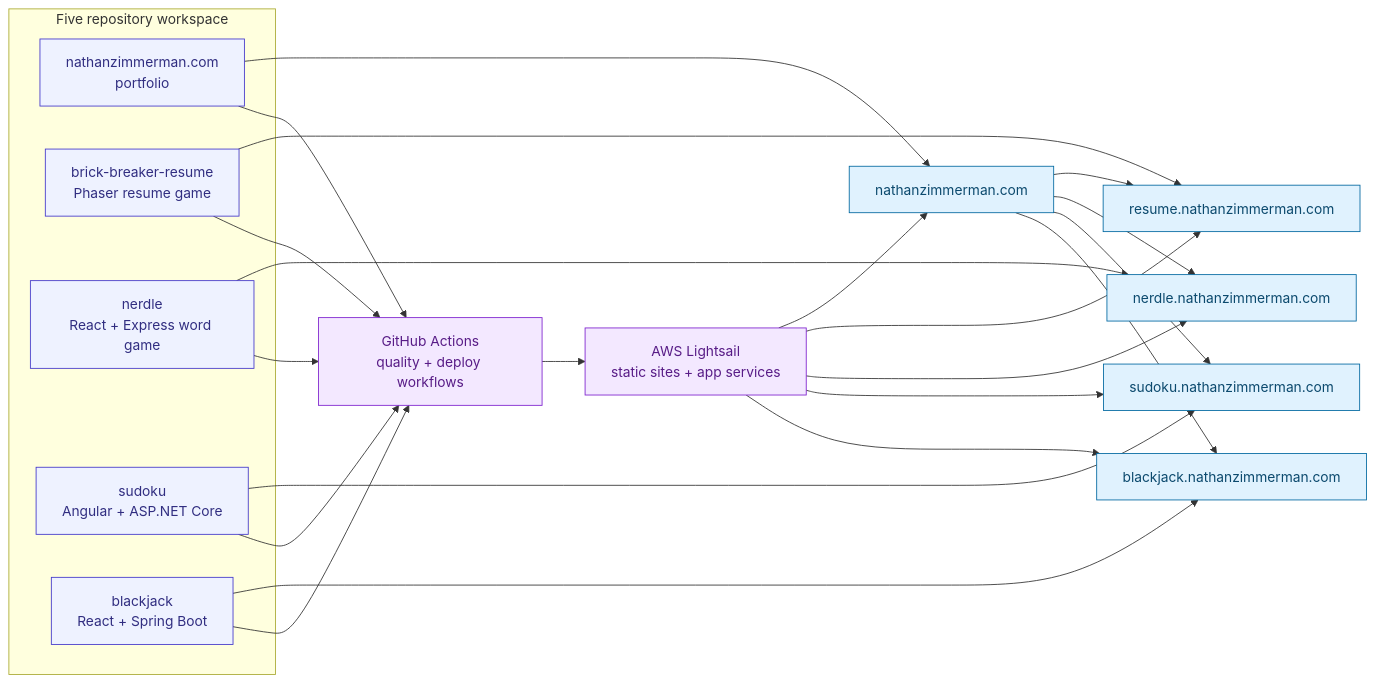
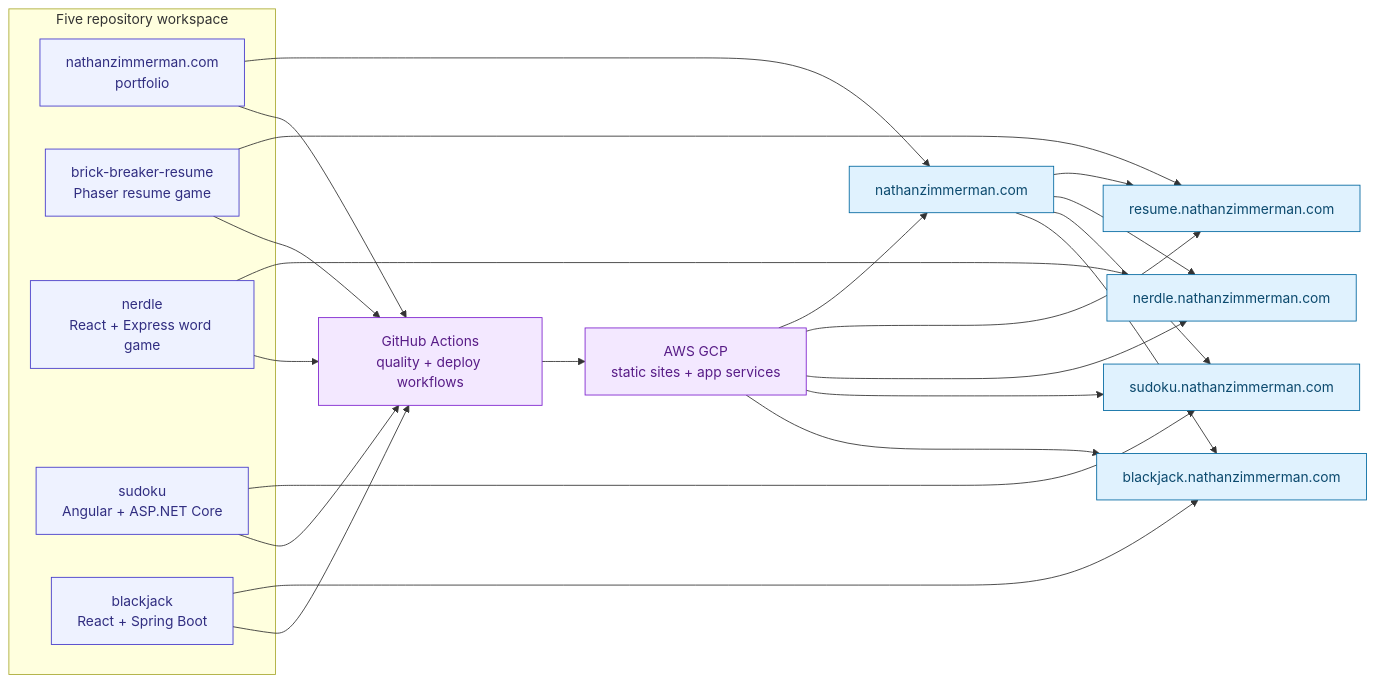
The second of 2 diagrams in docs/architecture.md (natezimm/brick-breaker-resume), drawn with Mermaid before and after one commit. The commit also changed other lines of this file and 2 other files, not shown here.

Commit message:
chore: replace lightsail references with gcp

````diff
--- a/docs/architecture.md
+++ b/docs/architecture.md
@@ -52,45 +52,45 @@
 ```mermaid
 flowchart LR
   subgraph Workspace["Five repository workspace"]
     PortfolioRepo["nathanzimmerman.com<br/>portfolio"]
     BrickRepo["brick-breaker-resume<br/>Phaser resume game"]
     NerdleRepo["nerdle<br/>React + Express word game"]
     SudokuRepo["sudoku<br/>Angular + ASP.NET Core"]
     BlackjackRepo["blackjack<br/>React + Spring Boot"]
   end
 
   PortfolioRepo --> PortfolioSite["nathanzimmerman.com"]
   BrickRepo --> BrickSite["resume.nathanzimmerman.com"]
   NerdleRepo --> NerdleSite["nerdle.nathanzimmerman.com"]
   SudokuRepo --> SudokuSite["sudoku.nathanzimmerman.com"]
   BlackjackRepo --> BlackjackSite["blackjack.nathanzimmerman.com"]
 
   PortfolioSite --> BrickSite
   PortfolioSite --> NerdleSite
   PortfolioSite --> SudokuSite
   PortfolioSite --> BlackjackSite
 
   PortfolioRepo --> Actions["GitHub Actions<br/>quality + deploy workflows"]
   BrickRepo --> Actions
   NerdleRepo --> Actions
   SudokuRepo --> Actions
   BlackjackRepo --> Actions
-  Actions --> Lightsail["AWS Lightsail<br/>static sites + app services"]
-  Lightsail --> PortfolioSite
-  Lightsail --> BrickSite
-  Lightsail --> NerdleSite
-  Lightsail --> SudokuSite
-  Lightsail --> BlackjackSite
+  Actions --> GCP["AWS GCP<br/>static sites + app services"]
+  GCP --> PortfolioSite
+  GCP --> BrickSite
+  GCP --> NerdleSite
+  GCP --> SudokuSite
+  GCP --> BlackjackSite
 
   classDef user fill:#f8fafc,stroke:#475569,color:#0f172a
   classDef site fill:#e0f2fe,stroke:#0369a1,color:#0c4a6e
   classDef server fill:#ffedd5,stroke:#c2410c,color:#7c2d12
   classDef repo fill:#eef2ff,stroke:#4338ca,color:#312e81
   classDef client fill:#dcfce7,stroke:#15803d,color:#14532d
   classDef data fill:#fef3c7,stroke:#b45309,color:#78350f
   classDef delivery fill:#f3e8ff,stroke:#7e22ce,color:#581c87
   classDef external fill:#fee2e2,stroke:#b91c1c,color:#7f1d1d
   class PortfolioRepo,BrickRepo,NerdleRepo,SudokuRepo,BlackjackRepo repo
   class PortfolioSite,BrickSite,NerdleSite,SudokuSite,BlackjackSite site
-  class Actions,Lightsail delivery
+  class Actions,GCP delivery
 ```
````
